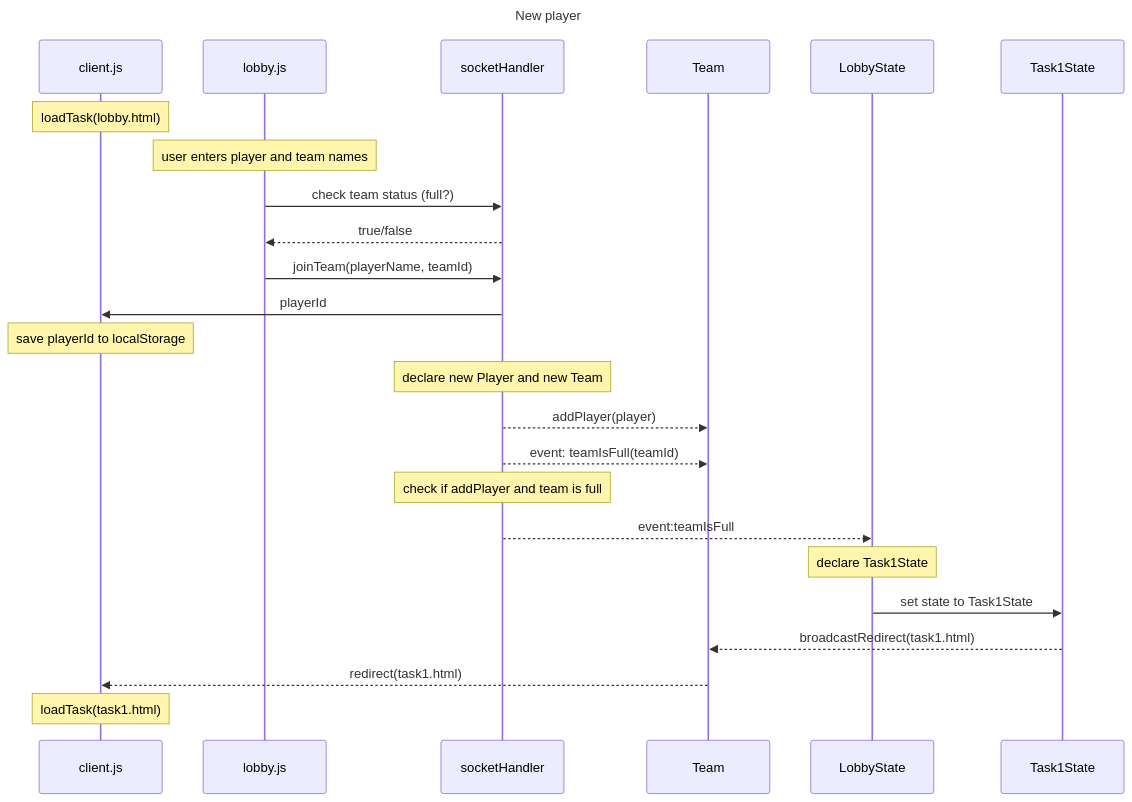
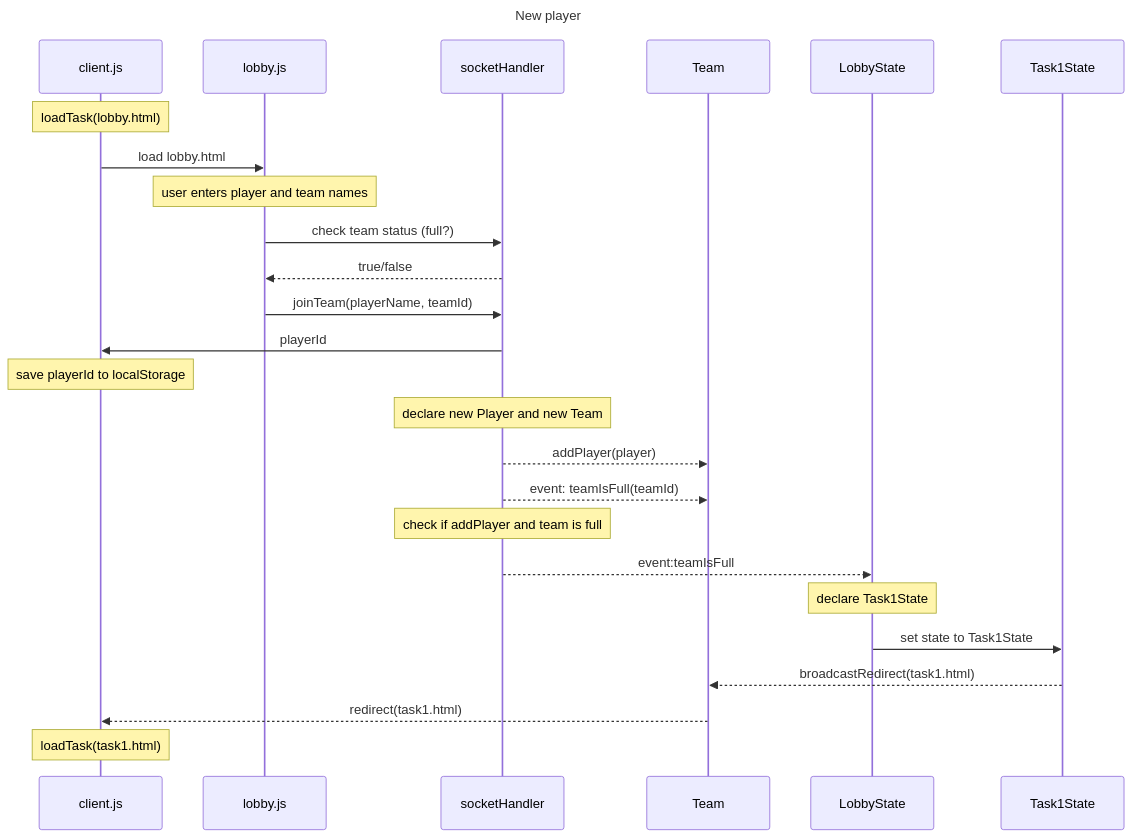
The diagram in documentation/sequence new player.md (raskrawen/EscapeRoomVirt), drawn with Mermaid before and after one commit.

Commit message:
fix: correct sequence diagram for new player flow by adding missing load lobby.html step

````diff
--- a/documentation/sequence new player.md
+++ b/documentation/sequence new player.md
@@ -1,29 +1,30 @@
 ```mermaid
 sequenceDiagram
     title New player
 
     participant client.js
     participant lobby.js
     participant socketHandler
     participant Team
     participant LobbyState
     participant Task1State
 
     note over client.js:loadTask(lobby.html)
+    client.js->>lobby.js:load lobby.html
     note over lobby.js:user enters player and team names
     lobby.js->>socketHandler:check team status (full?)
     socketHandler-->>lobby.js:true/false
     lobby.js->>socketHandler:joinTeam(playerName, teamId) 
     socketHandler->>client.js:playerId
     note over client.js:save playerId to localStorage
     note over socketHandler:declare new Player and new Team
     socketHandler-->>Team:addPlayer(player)
     socketHandler-->>Team:event: teamIsFull(teamId)
     note over socketHandler: check if addPlayer and team is full
     socketHandler-->>LobbyState:event:teamIsFull
     note over LobbyState:declare Task1State
     LobbyState->>Task1State:set state to Task1State
     Task1State-->>Team:broadcastRedirect(task1.html)
     Team-->>client.js:redirect(task1.html)
     note over client.js:loadTask(task1.html)
 ```
````
